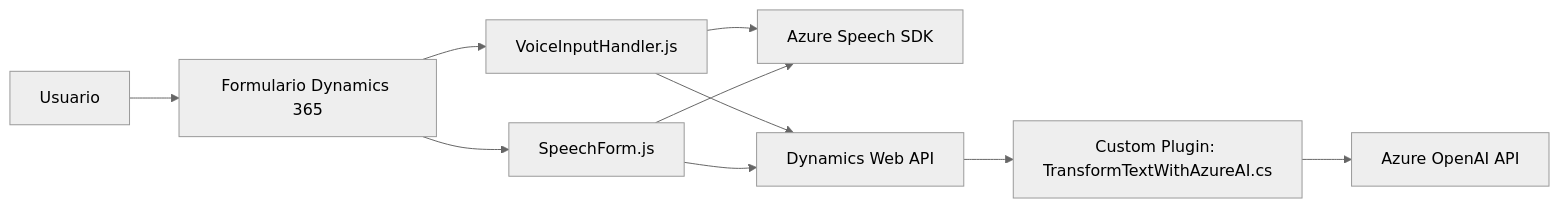
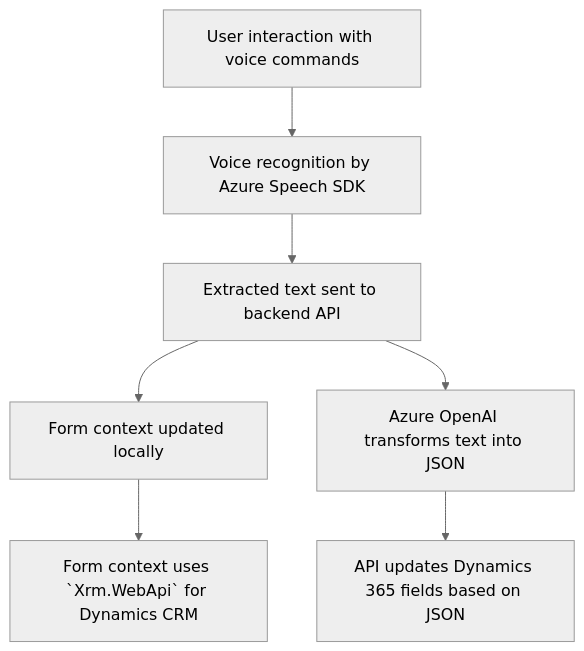
Before and after one commit to blopezdm/NETCORE_BILBAO2025: the diagram in README.md, drawn with Mermaid (neutral theme). The commit also changed other lines of this file, not shown here.

````diff
--- a/README.md
+++ b/README.md
@@ -65,21 +41,17 @@
 ```mermaid
-graph LR
-    A["Usuario"]
-    B["Formulario Dynamics 365"]
-    C["VoiceInputHandler.js"]
-    D["Azure Speech SDK"]
-    E["SpeechForm.js"]
-    F["Dynamics Web API"]
-    G["Custom Plugin: TransformTextWithAzureAI.cs"]
-    H["Azure OpenAI API"]
+graph TD
+    A["User interaction with voice commands"]
+    B["Voice recognition by Azure Speech SDK"]
+    C["Extracted text sent to backend API"]
+    D["Form context updated locally"]
+    E["Form context uses `Xrm.WebApi` for Dynamics CRM"]
+    F["Azure OpenAI transforms text into JSON"]
+    G["API updates Dynamics 365 fields based on JSON"]
 
     A --> B
     B --> C
-    B --> E
     C --> D
-    E --> D
+    D --> E
     C --> F
-    E --> F
     F --> G
-    G --> H
 ```
````
